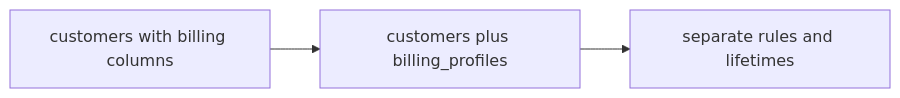
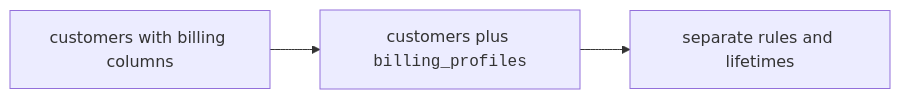
The sixth of 10 diagrams in content/learn/database-design-postgresql/why-schemas-change.mdx (dataslope/dataslope), drawn with Mermaid before and after one commit. The commit also changed other lines of this file and 153 other files, not shown here.

First line of the commit message:
Render code-only mermaid shapes in monospace; convert step sequences to Steps

````diff
--- a/content/learn/database-design-postgresql/why-schemas-change.mdx
+++ b/content/learn/database-design-postgresql/why-schemas-change.mdx
@@ -108,5 +108,5 @@
 ```mermaid
 flowchart LR
-    Wide["customers with billing columns"] --> Split["customers plus billing_profiles"]
+    Wide["customers with billing columns"] --> Split["customers plus <code>billing_profiles</code>"]
     Split --> Clear["separate rules and lifetimes"]
 ```
````
